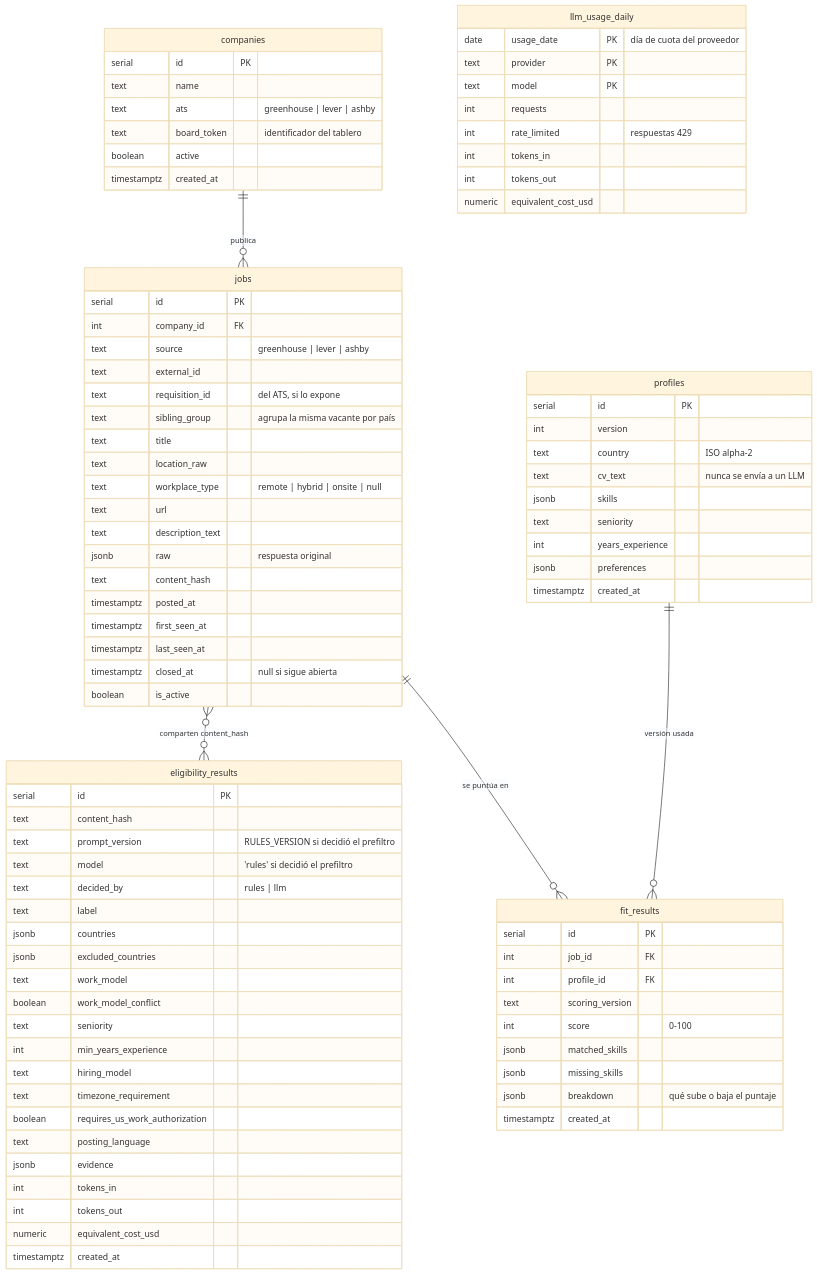
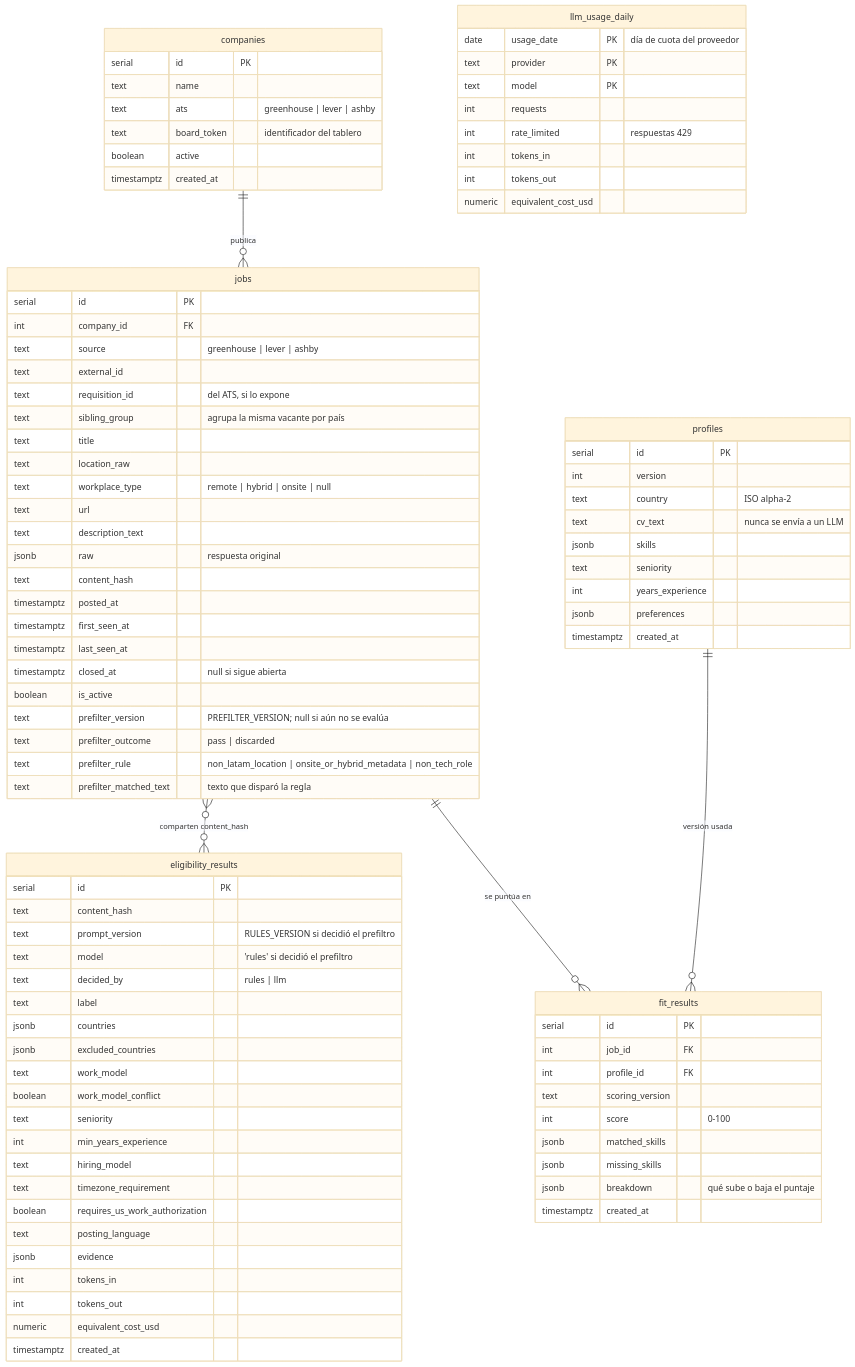
One commit to JuanManuelRivera31/remotefit changed the diagram in docs/03-modelo-de-datos.md. Above: the diagram before and after it, drawn with Mermaid (base theme). The commit also changed other lines of this file and 3 other files, not shown here.

```diff
--- a/docs/03-modelo-de-datos.md
+++ b/docs/03-modelo-de-datos.md
@@ -36,6 +36,10 @@
         timestamptz last_seen_at
         timestamptz closed_at "null si sigue abierta"
         boolean is_active
+        text prefilter_version "PREFILTER_VERSION; null si aún no se evalúa"
+        text prefilter_outcome "pass | discarded"
+        text prefilter_rule "non_latam_location | onsite_or_hybrid_metadata | non_tech_role"
+        text prefilter_matched_text "texto que disparó la regla"
     }
     eligibility_results {
         serial id PK
```
